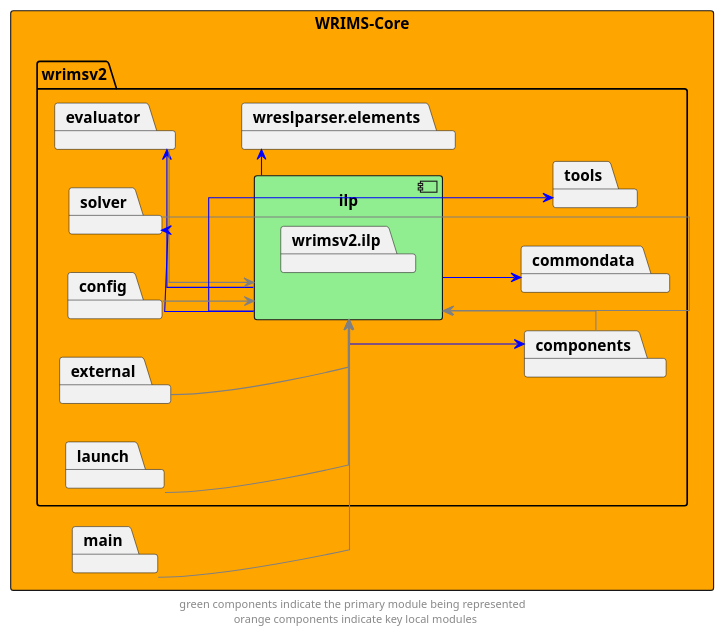
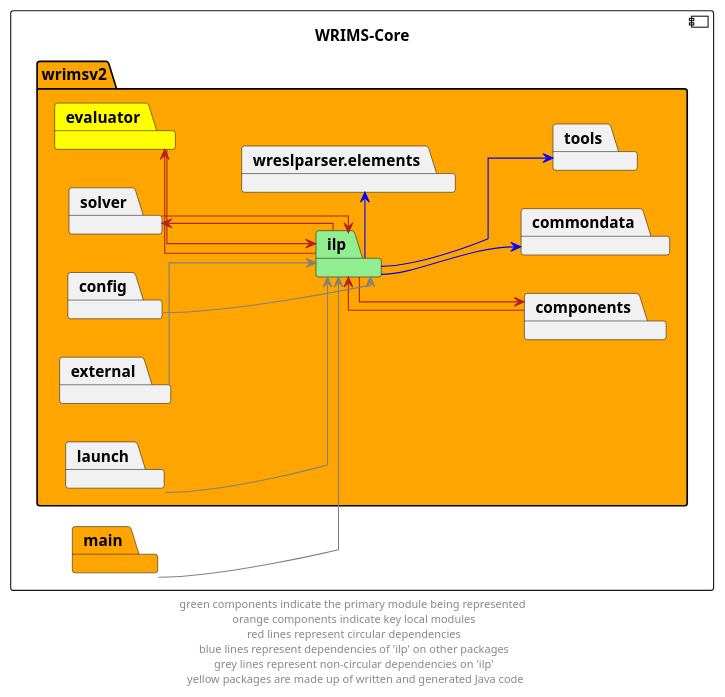
The diagram in docs/diagrams/wrims-core/wrims-core_ilp.puml (CentralValleyModeling/wrims), drawn with PlantUML before and after one commit. The commit also changed 63 other files, not shown here.

First line of the commit message:
Updated diagrams for improved consistency and legibility (#226)

```diff
--- a/docs/diagrams/wrims-core/wrims-core_ilp.puml
+++ b/docs/diagrams/wrims-core/wrims-core_ilp.puml
@@ -1,47 +1,43 @@
 @startuml
 left to right direction
 skinparam linetype ortho
 
-rectangle wrims_core as "WRIMS-Core" #orange {
-        package wrimsv2{
-            package ilp {
-                component ilp #lightgreen {
-                    package wrimsv2.ilp
-                }
-            }
+component wrims_core as "WRIMS-Core" {
+    package wrimsv2 #orange {
+        package ilp #lightgreen
         package commondata
         package components
-        package evaluator
+        package evaluator #yellow
         package solver
         package tools
         package wreslparser.elements
 
         package config
         package external
         package launch
     }
-package main
+package main #orange
 }
 
-ilp -->  components #blue
-components -left->  ilp #grey
-ilp -left->  evaluator #blue
-evaluator -->  ilp #grey
-ilp -left->  solver #blue
-solver -->  ilp #grey
+ilp -->  components #firebrick
+components -left->  ilp #firebrick
+ilp -left->  evaluator #firebrick
+evaluator -->  ilp #firebrick
+ilp -left->  solver #firebrick
+solver -->  ilp #firebrick
 
 ilp -->  commondata #blue
 ilp -->  tools #blue
 ilp -r->  wreslparser.elements #blue
 
 config --> ilp #grey
 external --> ilp #grey
 launch --> ilp #grey
 
 main --> ilp #grey
 
 ' The following relationships are hidden and used to format the diagram. They do not represent actual dependencies.
 'debug -r[hidden]-> evaluator
 
-footer "green components indicate the primary module being represented \n orange components indicate key local modules"
+footer "green components indicate the primary module being represented \n orange components indicate key local modules \n red lines represent circular dependencies \n blue lines represent dependencies of 'ilp' on other packages \n grey lines represent non-circular dependencies on 'ilp' \n yellow packages are made up of written and generated Java code"
 @enduml
```
